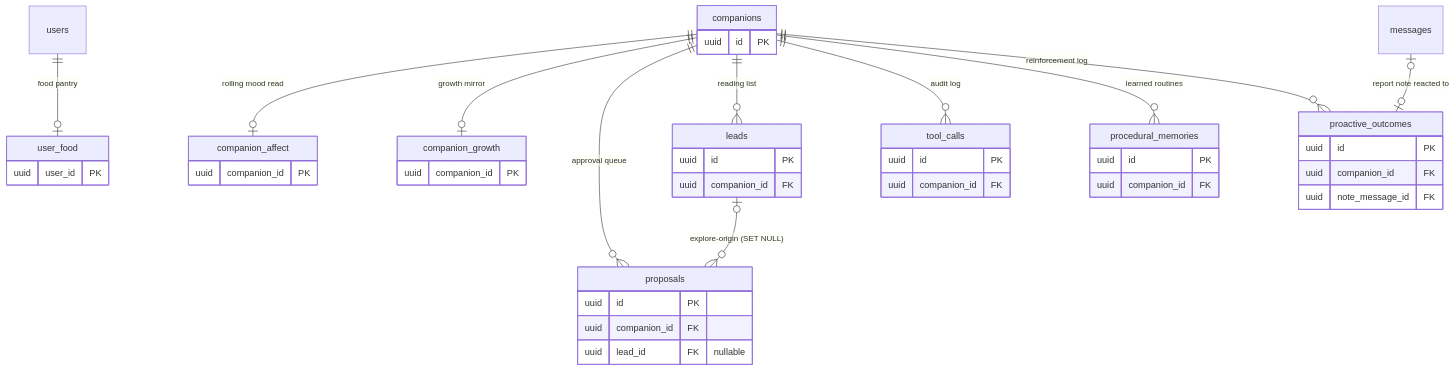
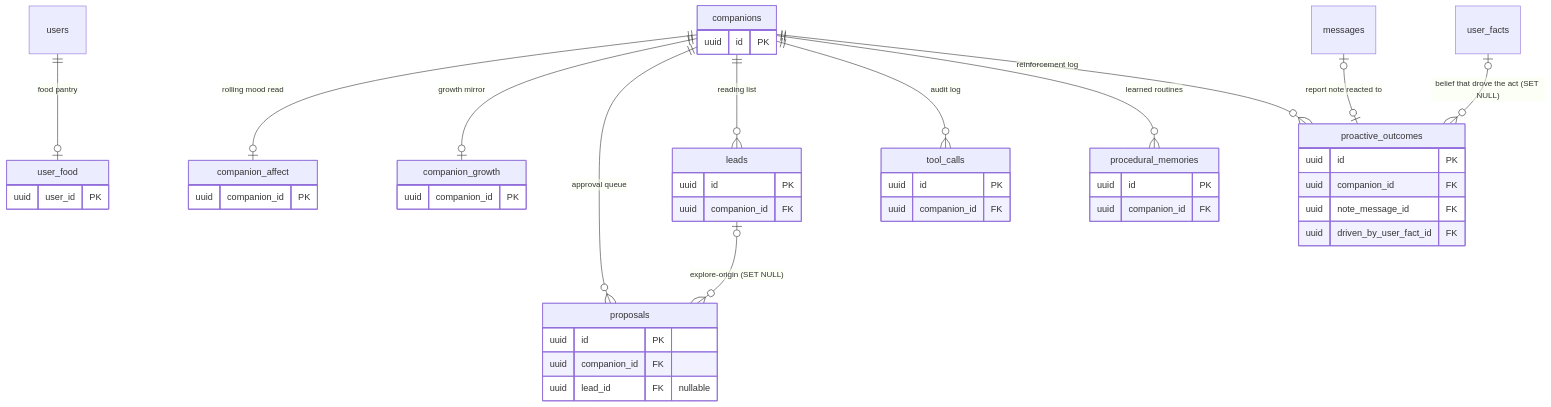
One commit to CobbleStamp/CobbleCompanion changed the fourth of 4 diagrams in docs/implementation.md. Above: the diagram before and after it, drawn with Mermaid. The commit also changed other lines of this file and 6 other files, not shown here.

````diff
--- a/docs/implementation.md
+++ b/docs/implementation.md
@@ -424,48 +432,50 @@
 ```mermaid
 erDiagram
     users       ||--o| user_food           : "food pantry"
     companions  ||--o| companion_affect    : "rolling mood read"
     companions  ||--o| companion_growth    : "growth mirror"
     companions  ||--o{ proposals           : "approval queue"
     companions  ||--o{ leads               : "reading list"
     companions  ||--o{ tool_calls          : "audit log"
     companions  ||--o{ procedural_memories : "learned routines"
     companions  ||--o{ proactive_outcomes  : "reinforcement log"
     leads       |o--o{ proposals           : "explore-origin (SET NULL)"
     messages    |o--o| proactive_outcomes  : "report note reacted to"
+    user_facts  |o--o{ proactive_outcomes  : "belief that drove the act (SET NULL)"
 
     companions {
         uuid id PK
     }
     user_food {
         uuid user_id PK
     }
     companion_affect {
         uuid companion_id PK
     }
     companion_growth {
         uuid companion_id PK
     }
     proposals {
         uuid id PK
         uuid companion_id FK
         uuid lead_id FK "nullable"
     }
     leads {
         uuid id PK
         uuid companion_id FK
     }
     tool_calls {
         uuid id PK
         uuid companion_id FK
     }
     procedural_memories {
         uuid id PK
         uuid companion_id FK
     }
     proactive_outcomes {
         uuid id PK
         uuid companion_id FK
         uuid note_message_id FK
+        uuid driven_by_user_fact_id FK
     }
 ```
````
